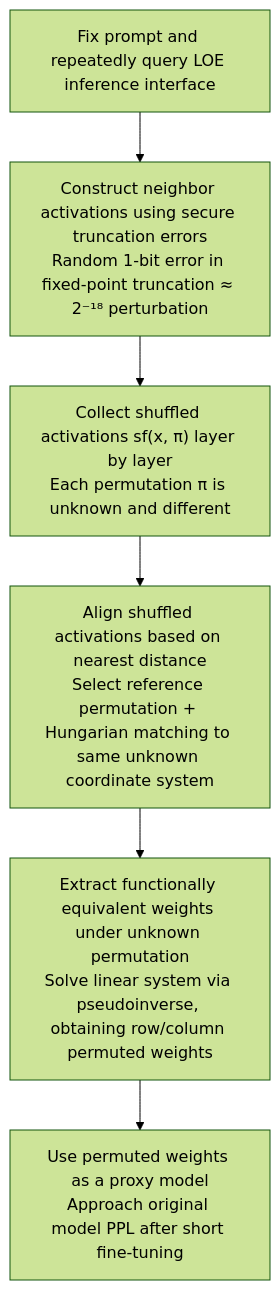
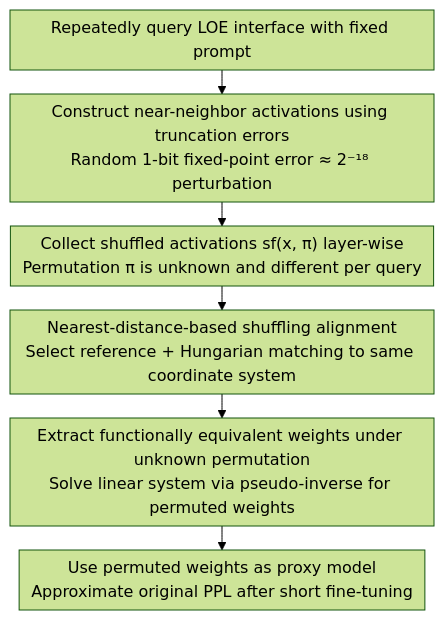
One commit to zhaoyang97/Paper-Notes-en changed the diagram in docs/ACL2026/ai_safety/on_the_in-security_of_the_shuffling_defense_in_the_transformer_secure_inference.md. Above: the diagram before and after it, drawn with Mermaid (forest theme). The commit also changed other lines of this file and 5084 other files, not shown here.

````diff
--- a/docs/ACL2026/ai_safety/on_the_in-security_of_the_shuffling_defense_in_the_transformer_secure_inference.md
+++ b/docs/ACL2026/ai_safety/on_the_in-security_of_the_shuffling_defense_in_the_transformer_secure_inference.md
@@ -50,8 +50,9 @@
 ```mermaid
-graph TD
-    A["Fix prompt and repeatedly query LOE inference interface"] --> B["Construct neighbor activations using secure truncation errors<br/>Random 1-bit error in fixed-point truncation ≈ 2⁻¹⁸ perturbation"]
-    B --> C["Collect shuffled activations sf(x, π) layer by layer<br/>Each permutation π is unknown and different"]
-    C --> D["Align shuffled activations based on nearest distance<br/>Select reference permutation + Hungarian matching to same unknown coordinate system"]
-    D --> E["Extract functionally equivalent weights under unknown permutation<br/>Solve linear system via pseudoinverse, obtaining row/column permuted weights"]
-    E --> F["Use permuted weights as a proxy model<br/>Approach original model PPL after short fine-tuning"]
+%%{init: {'flowchart': {'rankSpacing': 24, 'nodeSpacing': 28, 'padding': 6, 'wrappingWidth': 400}}}%%
+flowchart TD
+    A["Repeatedly query LOE interface with fixed prompt"] --> B["Construct near-neighbor activations using truncation errors<br/>Random 1-bit fixed-point error ≈ 2⁻¹⁸ perturbation"]
+    B --> C["Collect shuffled activations sf(x, π) layer-wise<br/>Permutation π is unknown and different per query"]
+    C --> D["Nearest-distance-based shuffling alignment<br/>Select reference + Hungarian matching to same coordinate system"]
+    D --> E["Extract functionally equivalent weights under unknown permutation<br/>Solve linear system via pseudo-inverse for permuted weights"]
+    E --> F["Use permuted weights as proxy model<br/>Approximate original PPL after short fine-tuning"]
 ```
````
